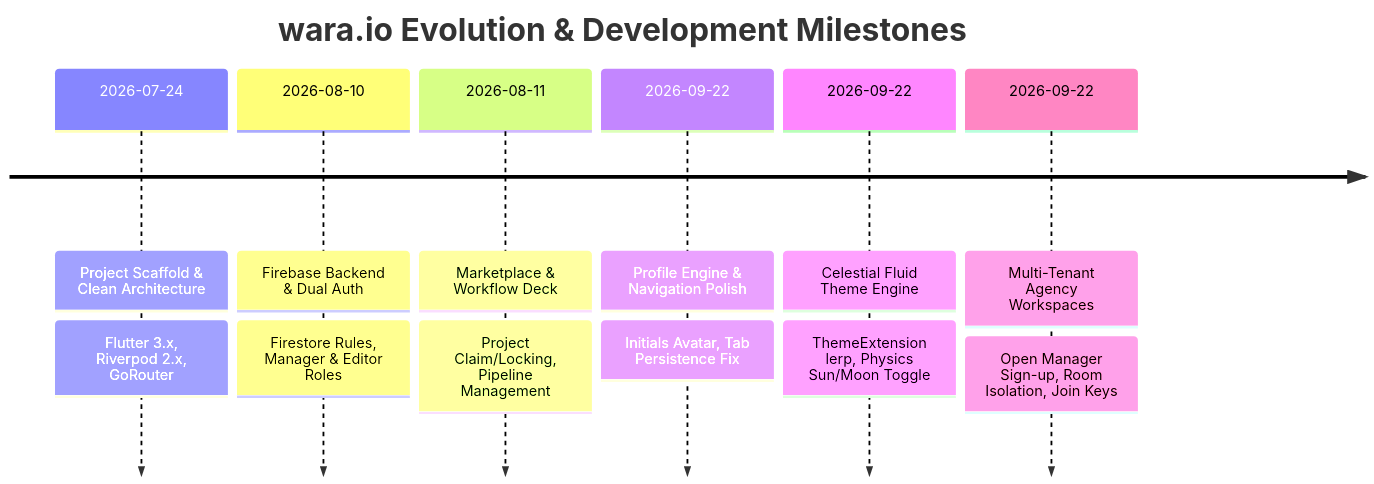
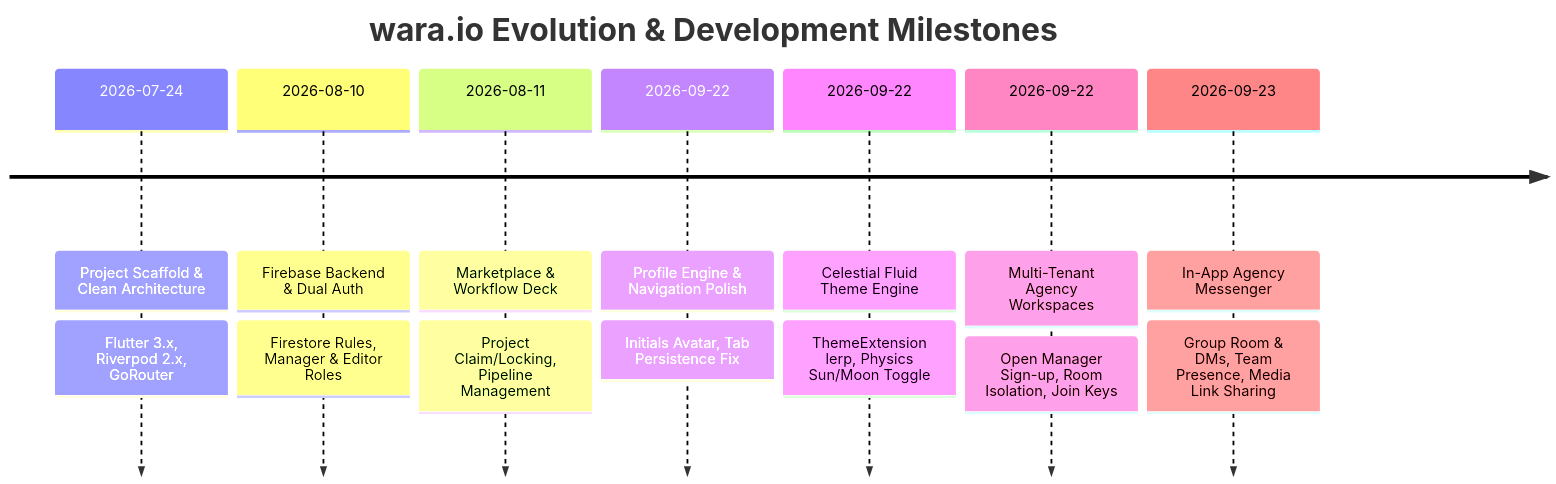
Before and after one commit to IshraqRafi/WARA-Mobile-App: the diagram in PROGRESS.md, drawn with Mermaid. The commit also changed other lines of this file and 8 other files, not shown here.

Commit message:
feat: implement in-app agency messenger and direct messaging system

````diff
--- a/PROGRESS.md
+++ b/PROGRESS.md
@@ -9,10 +9,11 @@
 ```mermaid
 timeline
     title wara.io Evolution & Development Milestones
     2026-07-24 : Project Scaffold & Clean Architecture : Flutter 3.x, Riverpod 2.x, GoRouter
     2026-08-10 : Firebase Backend & Dual Auth : Firestore Rules, Manager & Editor Roles
     2026-08-11 : Marketplace & Workflow Deck : Project Claim/Locking, Pipeline Management
     2026-09-22 : Profile Engine & Navigation Polish : Initials Avatar, Tab Persistence Fix
     2026-09-22 : Celestial Fluid Theme Engine : ThemeExtension lerp, Physics Sun/Moon Toggle
     2026-09-22 : Multi-Tenant Agency Workspaces : Open Manager Sign-up, Room Isolation, Join Keys
+    2026-09-23 : In-App Agency Messenger : Group Room & DMs, Team Presence, Media Link Sharing
 ```
````
